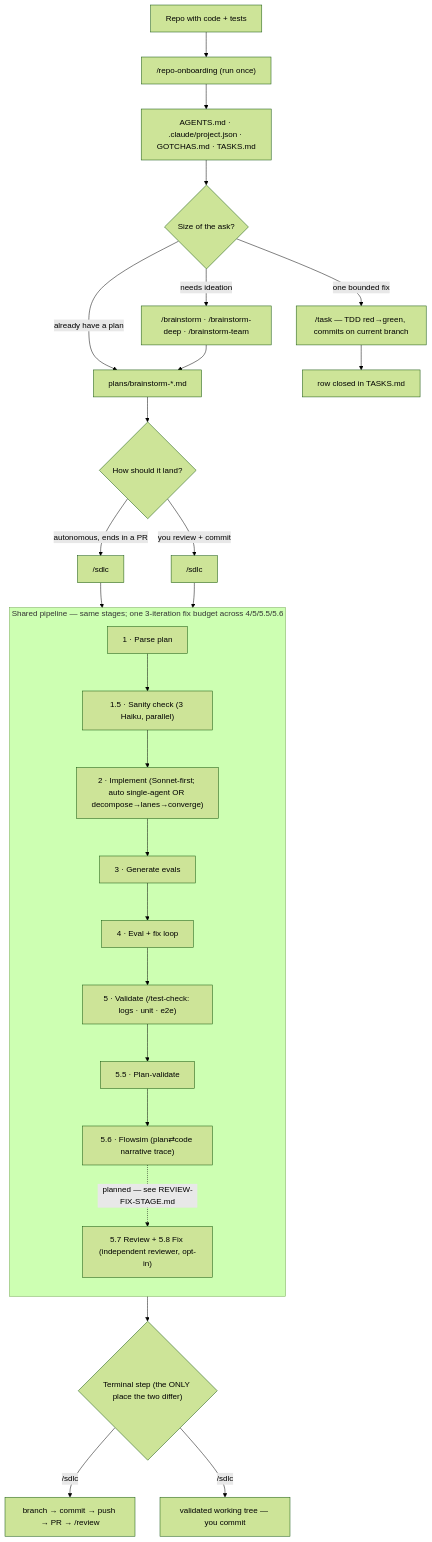
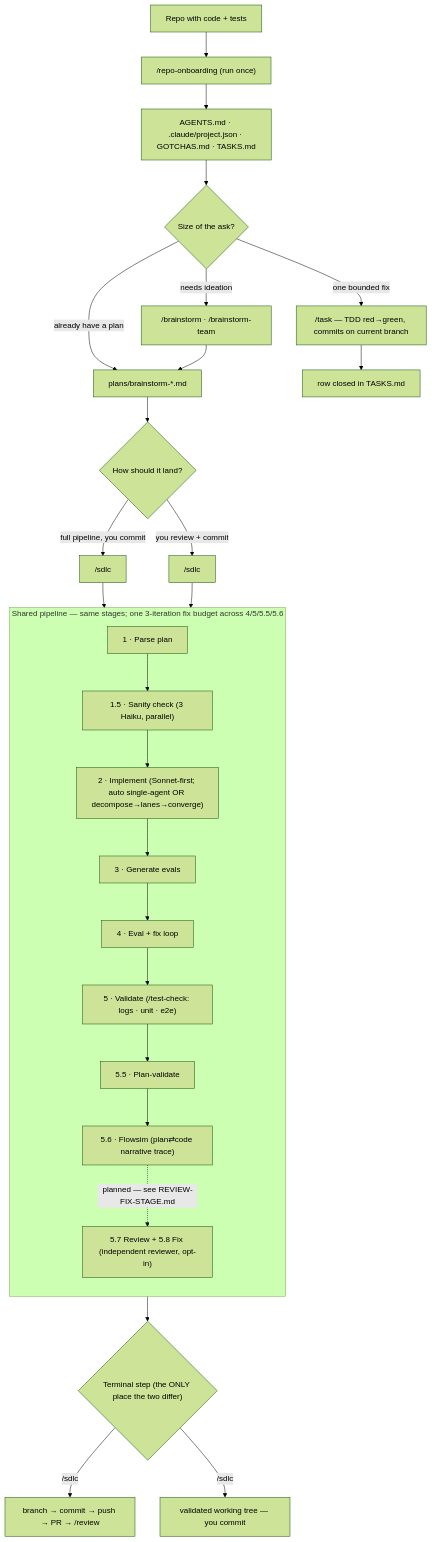
Before and after one commit to exerias21/brainstorm-toolkit: the diagram in docs/FLOW.md, drawn with Mermaid (forest theme). The commit also changed other lines of this file and 9 other files, not shown here.

````diff
--- a/docs/FLOW.md
+++ b/docs/FLOW.md
@@ -23,32 +23,32 @@
 ```mermaid
 flowchart TD
     R["Repo with code + tests"] --> ONB["/repo-onboarding  (run once)"]
     ONB --> CFG["AGENTS.md · .claude/project.json · GOTCHAS.md · TASKS.md"]
     CFG --> PICK{"Size of the ask?"}
 
     PICK -->|"one bounded fix"| TASK["/task — TDD red→green, commits on current branch"]
-    PICK -->|"needs ideation"| BS["/brainstorm · /brainstorm-deep · /brainstorm-team"]
+    PICK -->|"needs ideation"| BS["/brainstorm · /brainstorm-team"]
     PICK -->|"already have a plan"| PLAN["plans/brainstorm-*.md"]
     BS --> PLAN
 
     PLAN --> DELIV{"How should it land?"}
-    DELIV -->|"autonomous, ends in a PR"| SDLC["/sdlc"]
+    DELIV -->|"full pipeline, you commit"| SDLC["/sdlc"]
     DELIV -->|"you review + commit"| LITE["/sdlc"]
     SDLC --> PIPE
     LITE --> PIPE
 
     subgraph PIPE ["Shared pipeline — same stages; one 3-iteration fix budget across 4/5/5.5/5.6"]
       direction TB
       S1["1 · Parse plan"] --> S15["1.5 · Sanity check (3 Haiku, parallel)"]
       S15 --> S2["2 · Implement (Sonnet-first; auto single-agent OR decompose→lanes→converge)"]
       S2 --> S3["3 · Generate evals"] --> S4["4 · Eval + fix loop"]
       S4 --> S5["5 · Validate (/test-check: logs · unit · e2e)"] --> S55["5.5 · Plan-validate"]
       S55 --> S56["5.6 · Flowsim (plan⇄code narrative trace)"]
       S56 -. "planned — see REVIEW-FIX-STAGE.md" .-> S57["5.7 Review + 5.8 Fix (independent reviewer, opt-in)"]
     end
 
     PIPE --> OUT{"Terminal step (the ONLY place the two differ)"}
     OUT -->|"/sdlc"| PR["branch → commit → push → PR → /review"]
     OUT -->|"/sdlc"| HO["validated working tree — you commit"]
     TASK --> DONE["row closed in TASKS.md"]
 ```
````
